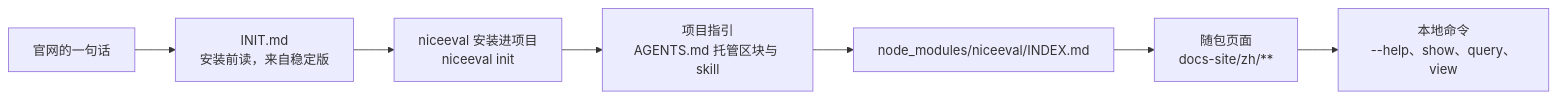
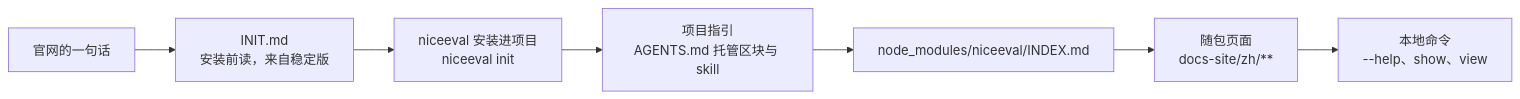
Before and after one commit to NiceEval/NiceEval: the diagram in docs/feature/ai-native/README.md, drawn with Mermaid. The commit also changed 71 other files, not shown here.

````diff
--- a/docs/feature/ai-native/README.md
+++ b/docs/feature/ai-native/README.md
@@ -34,9 +34,9 @@
 ```mermaid
 flowchart LR
   S["官网的一句话"] --> I["INIT.md<br/>安装前读，来自稳定版"]
   I --> P["niceeval 安装进项目<br/>niceeval init"]
   P --> G["项目指引<br/>AGENTS.md 托管区块与 skill"]
   G --> X["node_modules/niceeval/INDEX.md"]
   X --> D["随包页面<br/>docs-site/zh/**"]
-  D --> C["本地命令<br/>--help、show、query、view"]
+  D --> C["本地命令<br/>--help、show、view"]
 ```
````
